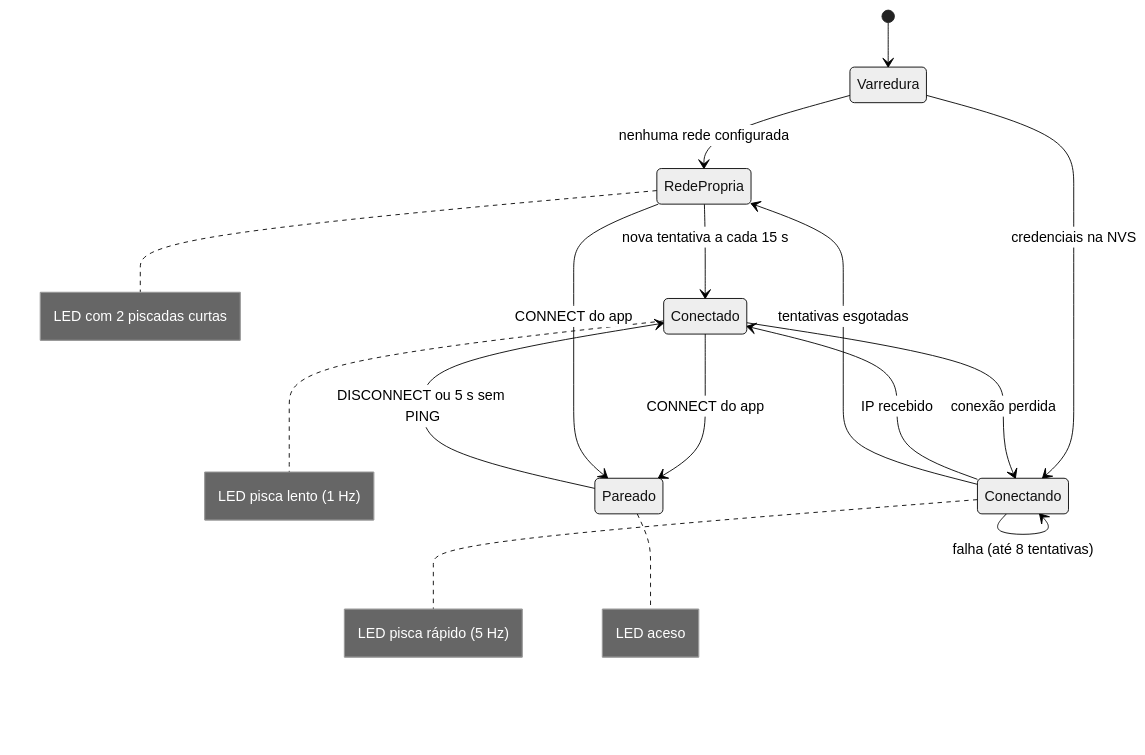
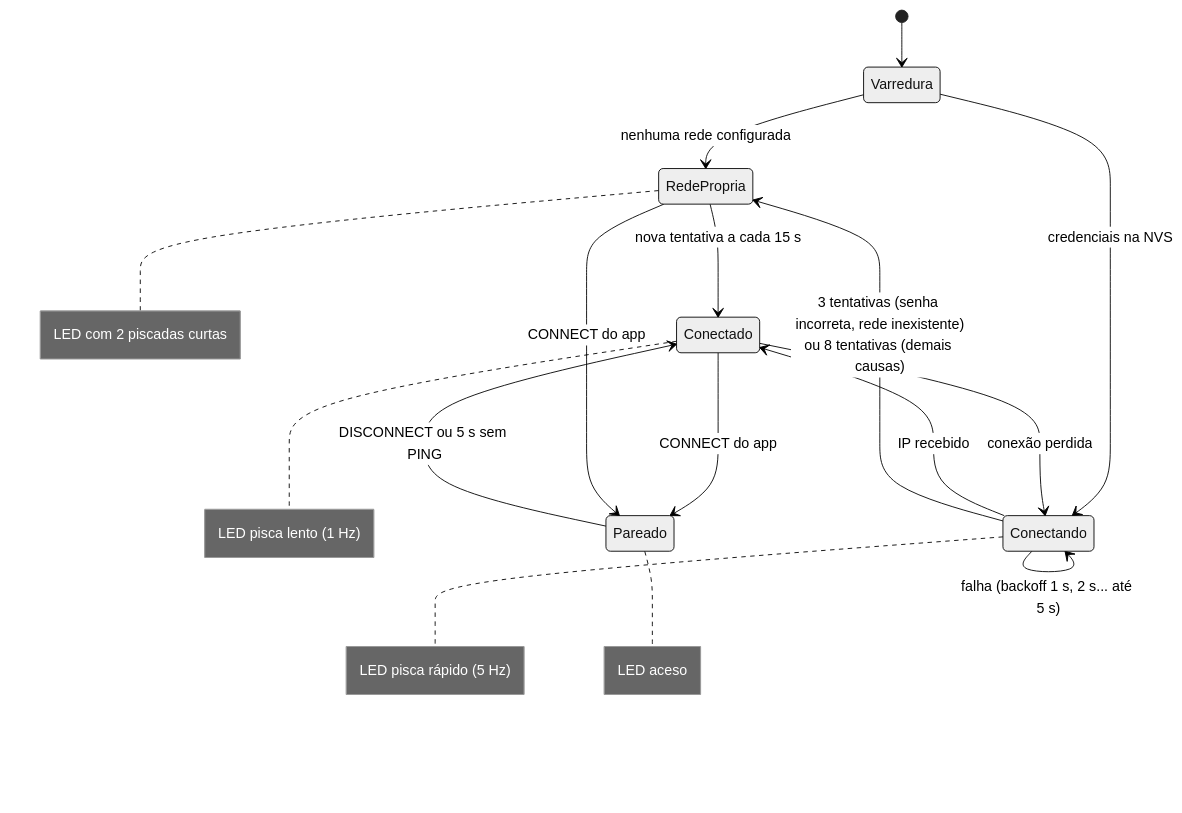
The eighth of 9 diagrams in README.md (noggyamamoto/firmware_I2S), drawn with Mermaid (neutral theme) before and after one commit. The commit also changed other lines of this file and 28 other files, not shown here.

````diff
--- a/README.md
+++ b/README.md
@@ -521,19 +564,19 @@
 ```mermaid
 stateDiagram-v2
     [*] --> Varredura
     Varredura --> RedePropria: nenhuma rede configurada
     Varredura --> Conectando: credenciais na NVS
     Conectando --> Conectado: IP recebido
-    Conectando --> Conectando: falha (até 8 tentativas)
-    Conectando --> RedePropria: tentativas esgotadas
+    Conectando --> Conectando: falha (backoff 1 s, 2 s... até 5 s)
+    Conectando --> RedePropria: 3 tentativas (senha incorreta, rede inexistente)<br/>ou 8 tentativas (demais causas)
     RedePropria --> Conectado: nova tentativa a cada 15 s
     Conectado --> Conectando: conexão perdida
     Conectado --> Pareado: CONNECT do app
     RedePropria --> Pareado: CONNECT do app
     Pareado --> Conectado: DISCONNECT ou 5 s sem PING
 
     note right of Conectando: LED pisca rápido (5 Hz)
     note right of RedePropria: LED com 2 piscadas curtas
     note right of Conectado: LED pisca lento (1 Hz)
     note right of Pareado: LED aceso
 ```
````
